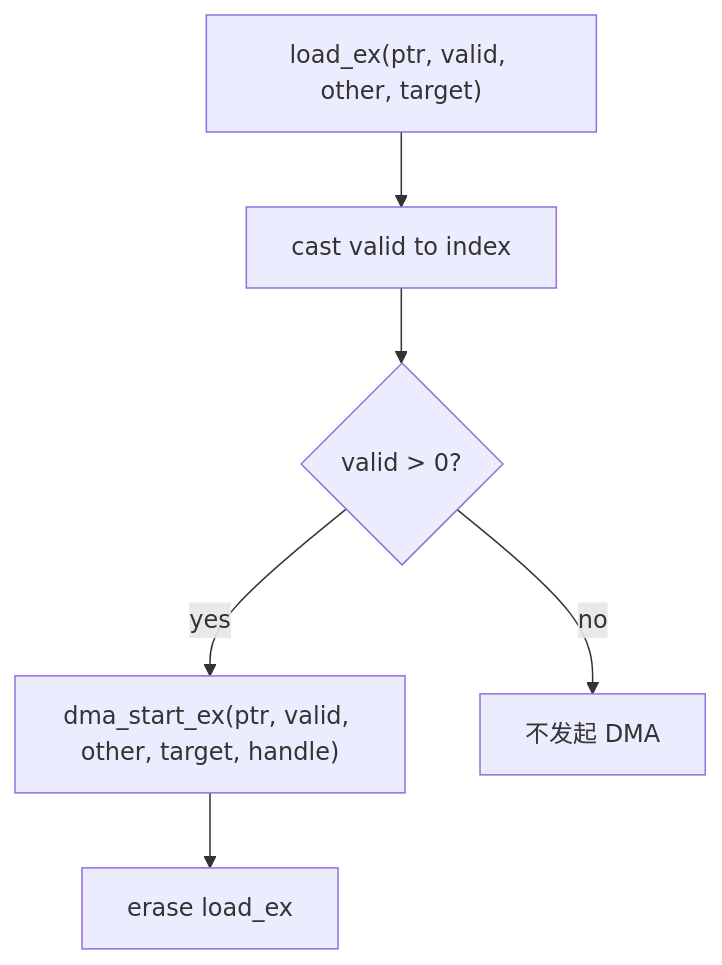
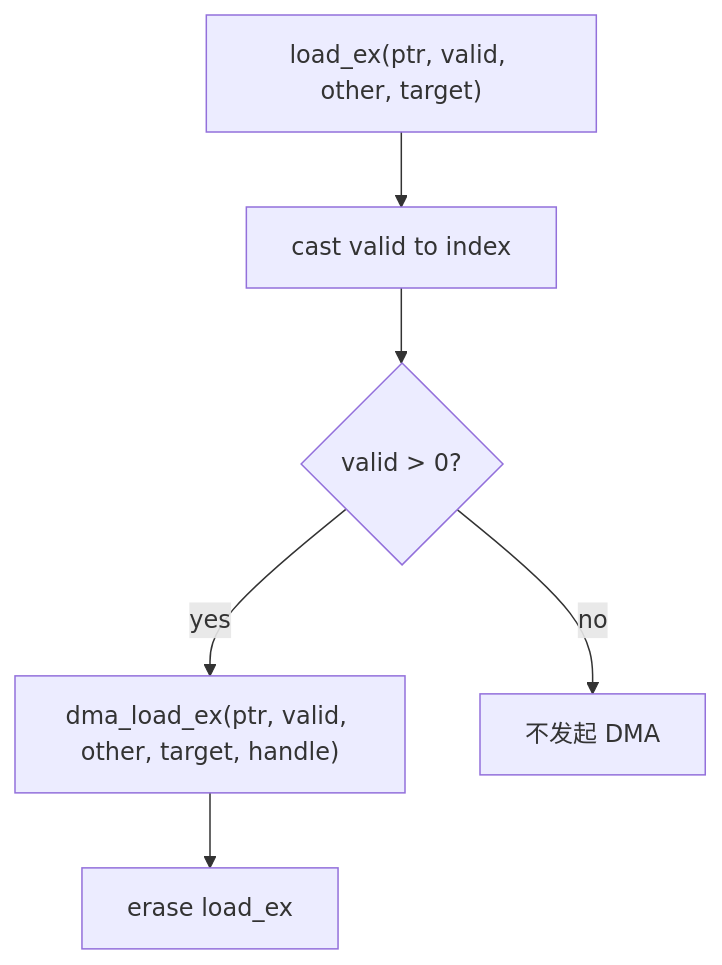
The third of 4 diagrams in docs/HexagonDoubleBufferDMALoweringExtPass.md (yangyang-lgtm/test-mlir), drawn with Mermaid before and after one commit. The commit also changed other lines of this file and 15 other files, not shown here.

````diff
--- a/docs/HexagonDoubleBufferDMALoweringExtPass.md
+++ b/docs/HexagonDoubleBufferDMALoweringExtPass.md
@@ -152,8 +152,8 @@
 ```mermaid
 flowchart TD
   L["load_ex(ptr, valid, other, target)"] --> C["cast valid to index"]
   C --> P{"valid > 0?"}
-  P -- yes --> D["dma_start_ex(ptr, valid, other, target, handle)"]
+  P -- yes --> D["dma_load_ex(ptr, valid, other, target, handle)"]
   P -- no --> N["不发起 DMA"]
   D --> E["erase load_ex"]
 ```
````
